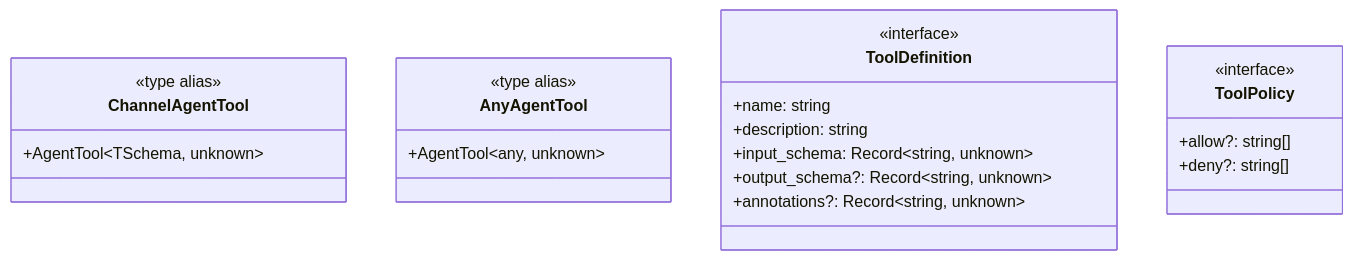
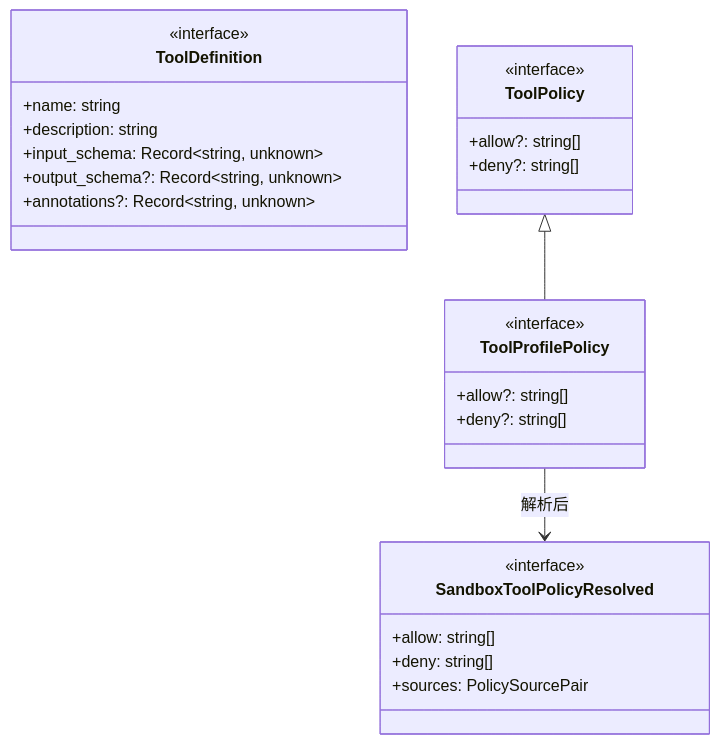
Before and after one commit to caicongyang/bloger: the seventh of 26 diagrams in openclaw/DATA_STRUCTURES.md, drawn with Mermaid. The commit also changed other lines of this file and 13 other files, not shown here.

````diff
--- a/openclaw/DATA_STRUCTURES.md
+++ b/openclaw/DATA_STRUCTURES.md
@@ -286,27 +339,33 @@
 ```mermaid
 classDiagram
-    class ChannelAgentTool {
-        <<type alias>>
-        +AgentTool~TSchema, unknown~
-    }
-    
-    class AnyAgentTool {
-        <<type alias>>
-        +AgentTool~any, unknown~
-    }
-    
     class ToolDefinition {
         <<interface>>
         +name: string
         +description: string
         +input_schema: Record~string, unknown~
         +output_schema?: Record~string, unknown~
         +annotations?: Record~string, unknown~
     }
-    
+
     class ToolPolicy {
         <<interface>>
         +allow?: string[]
         +deny?: string[]
     }
+
+    class ToolProfilePolicy {
+        <<interface>>
+        +allow?: string[]
+        +deny?: string[]
+    }
+
+    class SandboxToolPolicyResolved {
+        <<interface>>
+        +allow: string[]
+        +deny: string[]
+        +sources: PolicySourcePair
+    }
+
+    ToolPolicy <|-- ToolProfilePolicy
+    ToolProfilePolicy --> SandboxToolPolicyResolved : 解析后
 ```
````
